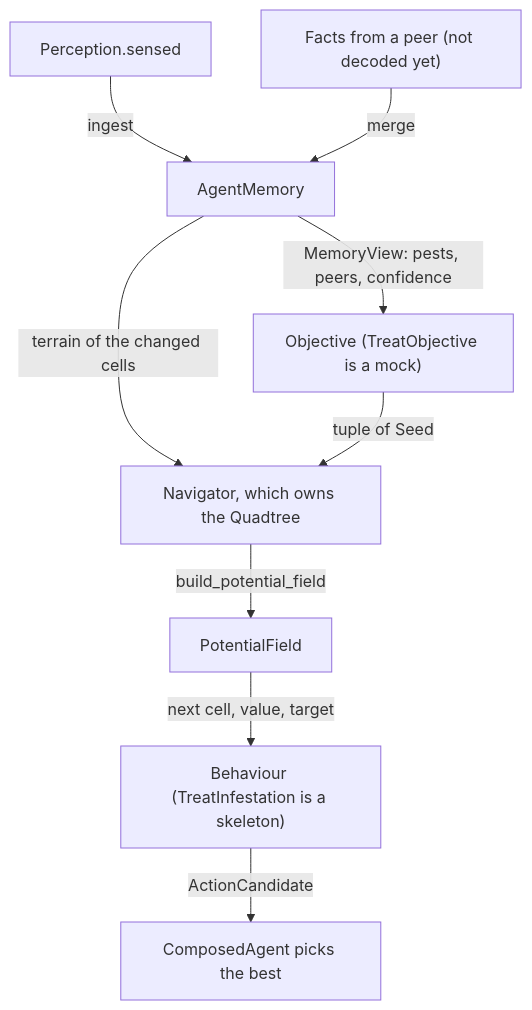
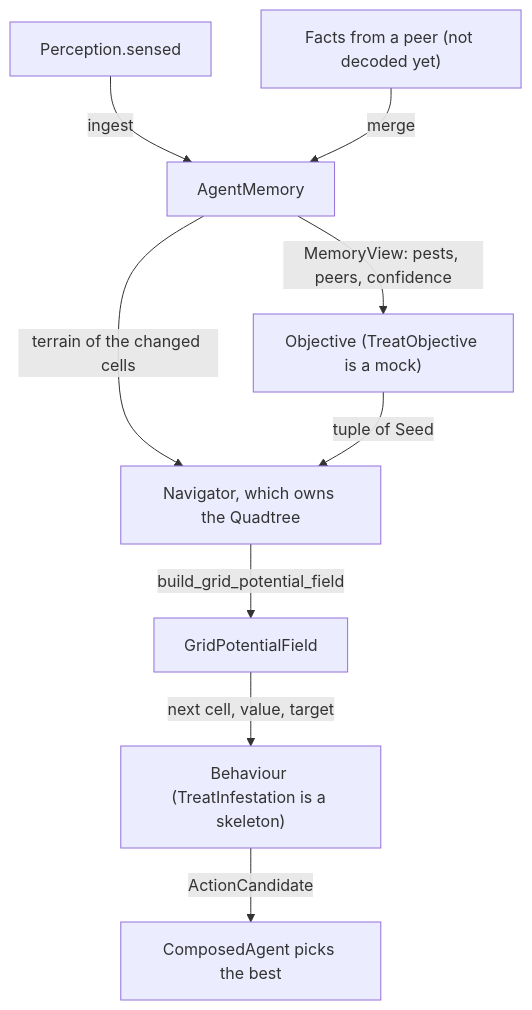
One commit to TychoGrapendaal/JIP_Swarm_Field changed the diagram in docs/robot-memory-and-navigation.md. Above: the diagram before and after it, drawn with Mermaid. The commit also changed other lines of this file and 7 other files, not shown here.

First line of the commit message:
Rename our PotentialField to GridPotentialField

````diff
--- a/docs/robot-memory-and-navigation.md
+++ b/docs/robot-memory-and-navigation.md
@@ -5,11 +5,11 @@
 ```mermaid
 flowchart TD
     S["Perception.sensed"] -->|ingest| M["AgentMemory"]
     P["Facts from a peer (not decoded yet)"] -->|merge| M
     M -->|"MemoryView: pests, peers, confidence"| O["Objective (TreatObjective is a mock)"]
     M -->|"terrain of the changed cells"| N["Navigator, which owns the Quadtree"]
     O -->|"tuple of Seed"| N
-    N -->|build_potential_field| F["PotentialField"]
+    N -->|build_grid_potential_field| F["GridPotentialField"]
     F -->|"next cell, value, target"| H["Behaviour (TreatInfestation is a skeleton)"]
     H -->|ActionCandidate| A["ComposedAgent picks the best"]
 ```
````
